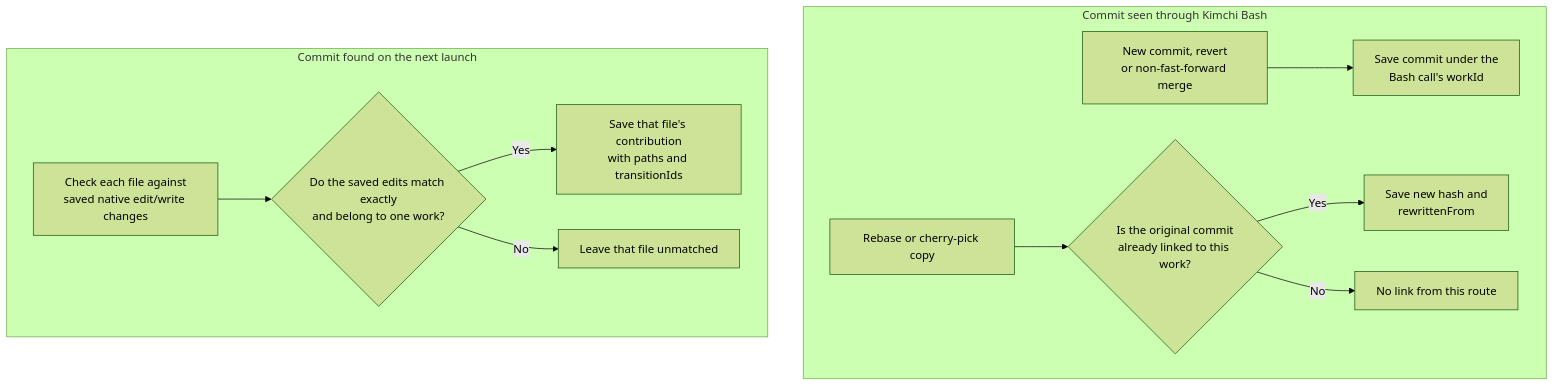
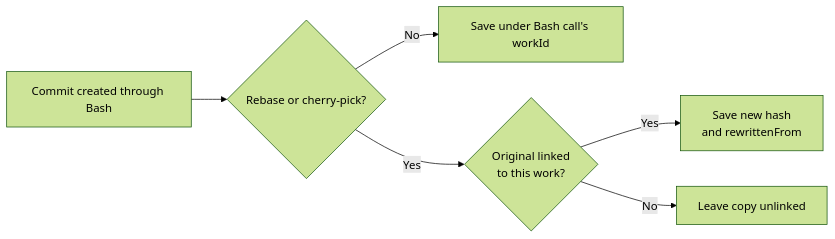
Before and after one commit to getkimchi/kimchi: the third of 4 diagrams in docs/work-attribution.md, drawn with Mermaid (forest theme). The commit also changed other lines of this file, not shown here.

Commit message:
docs: make matching diagrams readable

````diff
--- a/docs/work-attribution.md
+++ b/docs/work-attribution.md
@@ -82,14 +84,8 @@
 ```mermaid
-flowchart TD
-    subgraph BASH["Commit seen through Kimchi Bash"]
-        B["New commit, revert<br/>or non-fast-forward merge"] --> C["Save commit under the<br/>Bash call's workId"]
-        R["Rebase or cherry-pick copy"] --> O{"Is the original commit<br/>already linked to this work?"}
-        O -->|Yes| W["Save new hash and<br/>rewrittenFrom"]
-        O -->|No| X["No link from this route"]
-    end
-    subgraph LATER["Commit found on the next launch"]
-        F["Check each file against<br/>saved native edit/write changes"] --> M{"Do the saved edits match exactly<br/>and belong to one work?"}
-        M -->|Yes| T["Save that file's contribution<br/>with paths and transitionIds"]
-        M -->|No| U["Leave that file unmatched"]
-    end
+flowchart LR
+    B["Commit created through Bash"] --> R{"Rebase or cherry-pick?"}
+    R -->|No| C["Save under Bash call's workId"]
+    R -->|Yes| O{"Original linked<br/>to this work?"}
+    O -->|Yes| W["Save new hash<br/>and rewrittenFrom"]
+    O -->|No| X["Leave copy unlinked"]
 ```
````
